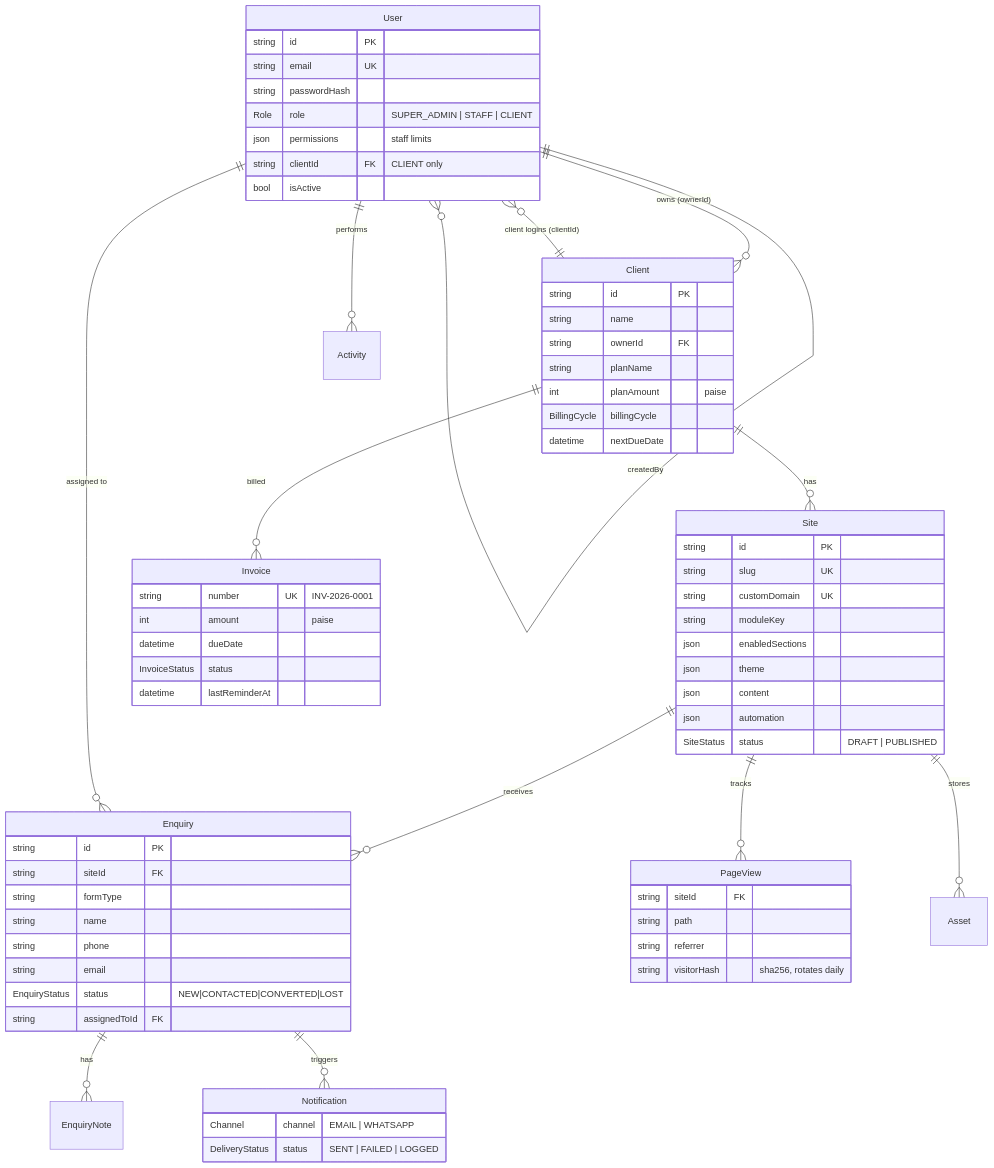
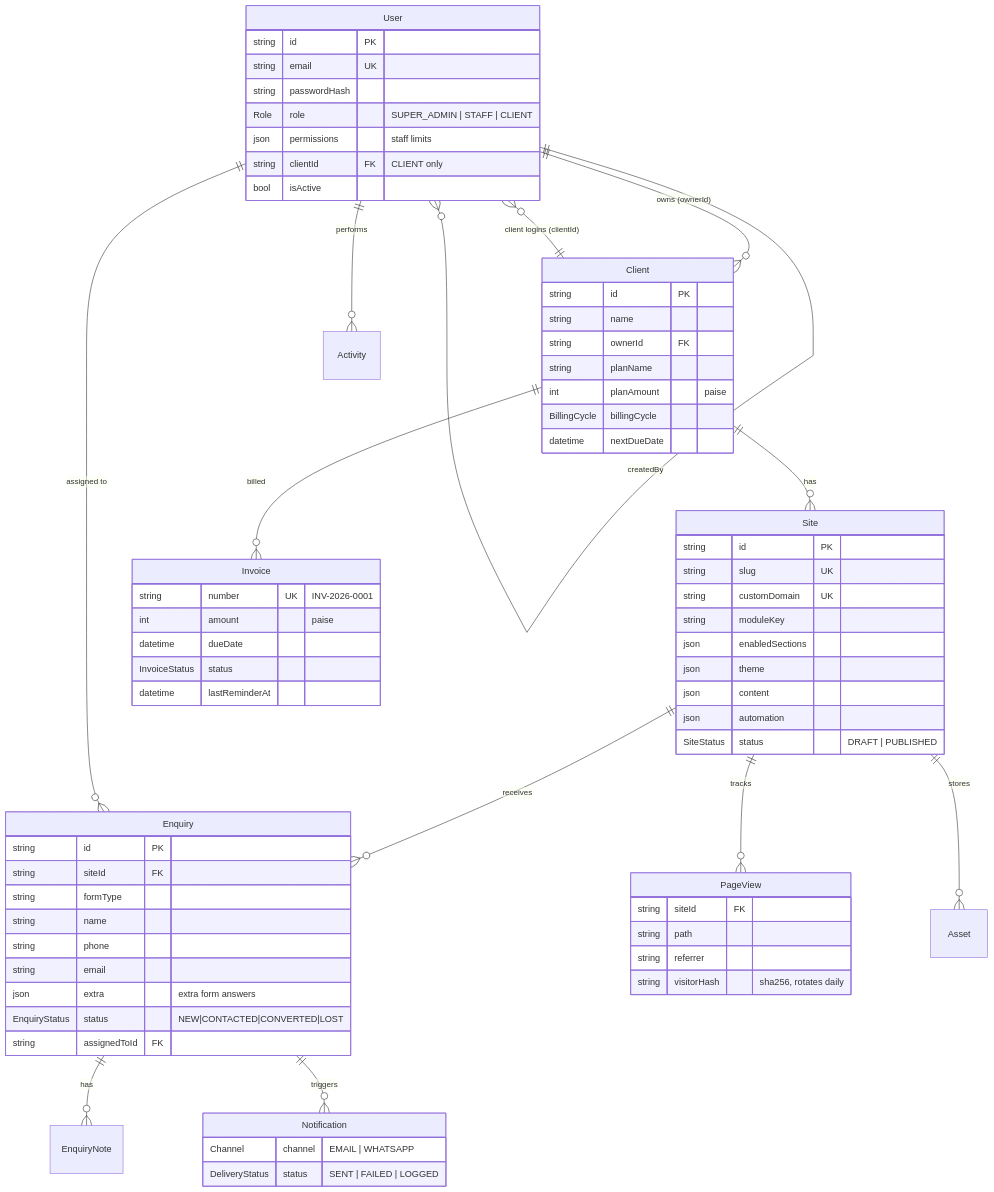
The fifth of 9 diagrams in docs/SYSTEM_DESIGN.md (Ritiksharmaji/site-auto-matrix), drawn with Mermaid before and after one commit. The commit also changed other lines of this file and 44 other files, not shown here.

````diff
--- a/docs/SYSTEM_DESIGN.md
+++ b/docs/SYSTEM_DESIGN.md
@@ -263,72 +265,73 @@
 ```mermaid
 erDiagram
     User ||--o{ Client : "owns (ownerId)"
     Client ||--o{ User : "client logins (clientId)"
     User ||--o{ User : "createdBy"
     Client ||--o{ Site : has
     Client ||--o{ Invoice : billed
     Site ||--o{ Enquiry : receives
     Site ||--o{ PageView : tracks
     Site ||--o{ Asset : stores
     Enquiry ||--o{ EnquiryNote : has
     Enquiry ||--o{ Notification : triggers
     User ||--o{ Enquiry : "assigned to"
     User ||--o{ Activity : performs
 
     User {
         string id PK
         string email UK
         string passwordHash
         Role role "SUPER_ADMIN | STAFF | CLIENT"
         json permissions "staff limits"
         string clientId FK "CLIENT only"
         bool isActive
     }
     Client {
         string id PK
         string name
         string ownerId FK
         string planName
         int planAmount "paise"
         BillingCycle billingCycle
         datetime nextDueDate
     }
     Site {
         string id PK
         string slug UK
         string customDomain UK
         string moduleKey
         json enabledSections
         json theme
         json content
         json automation
         SiteStatus status "DRAFT | PUBLISHED"
     }
     Enquiry {
         string id PK
         string siteId FK
         string formType
         string name
         string phone
         string email
+        json extra "extra form answers"
         EnquiryStatus status "NEW|CONTACTED|CONVERTED|LOST"
         string assignedToId FK
     }
     Notification {
         Channel channel "EMAIL | WHATSAPP"
         DeliveryStatus status "SENT | FAILED | LOGGED"
     }
     Invoice {
         string number UK "INV-2026-0001"
         int amount "paise"
         datetime dueDate
         InvoiceStatus status
         datetime lastReminderAt
     }
     PageView {
         string siteId FK
         string path
         string referrer
         string visitorHash "sha256, rotates daily"
     }
 ```
````
